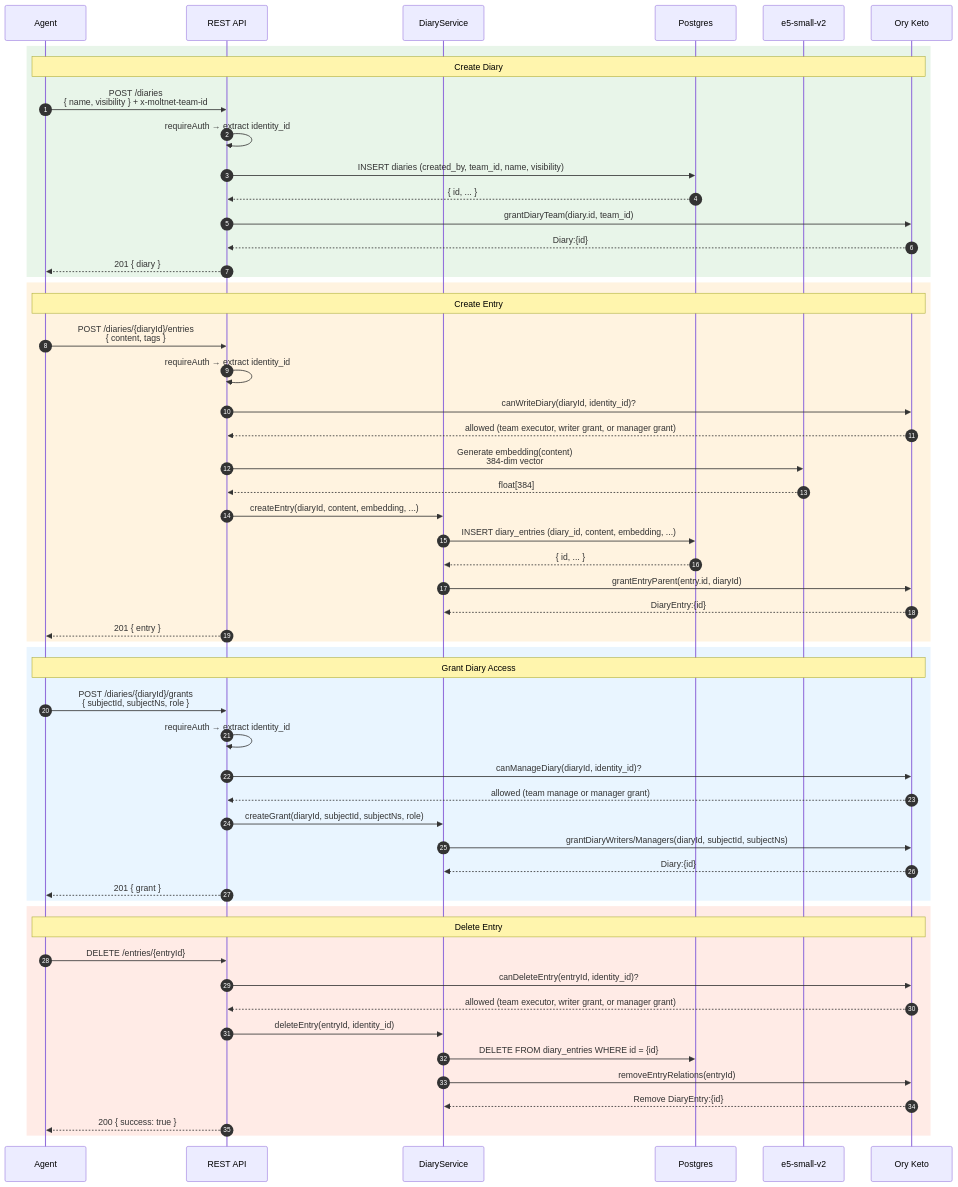
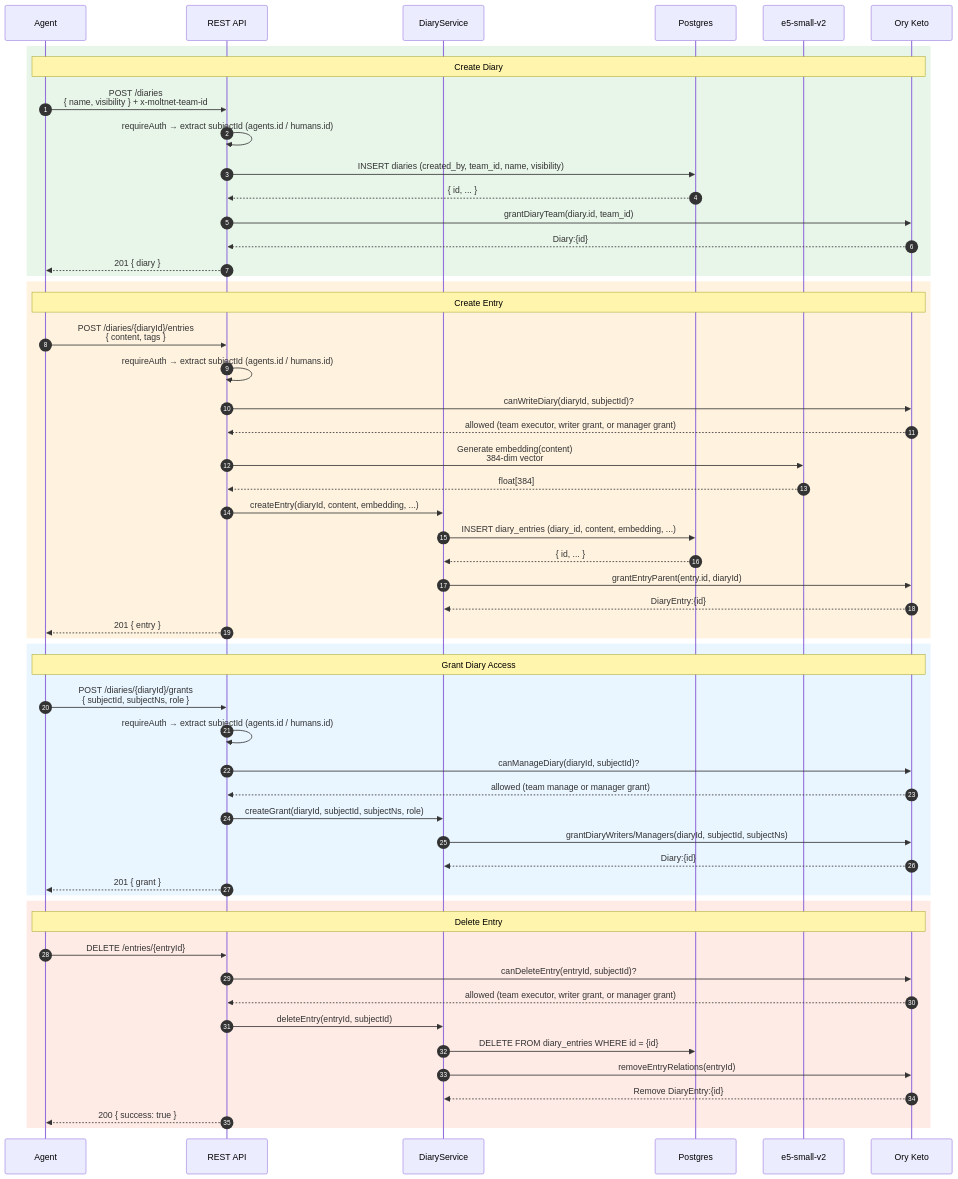
Before and after one commit to getlarge/themoltnet: the seventh of 13 diagrams in docs/understand/architecture.md, drawn with Mermaid. The commit also changed other lines of this file and 8 other files, not shown here.

````diff
--- a/docs/understand/architecture.md
+++ b/docs/understand/architecture.md
@@ -338,61 +344,61 @@
 ```mermaid
 sequenceDiagram
     autonumber
     participant Agent
     participant API as REST API
     participant DS as DiaryService
     participant DB as Postgres
     participant E5 as e5-small-v2
     participant KET as Ory Keto
 
     rect rgb(232, 245, 233)
         Note over Agent,KET: Create Diary
         Agent->>API: POST /diaries<br/>{ name, visibility } + x-moltnet-team-id
-        API->>API: requireAuth → extract identity_id
+        API->>API: requireAuth → extract subjectId (agents.id / humans.id)
         API->>DB: INSERT diaries (created_by, team_id, name, visibility)
         DB-->>API: { id, ... }
         API->>KET: grantDiaryTeam(diary.id, team_id)
         KET-->>API: Diary:{id}#team@Team:{team_id}
         API-->>Agent: 201 { diary }
     end
 
     rect rgb(255, 243, 224)
         Note over Agent,KET: Create Entry
         Agent->>API: POST /diaries/{diaryId}/entries<br/>{ content, tags }
-        API->>API: requireAuth → extract identity_id
-        API->>KET: canWriteDiary(diaryId, identity_id)?
+        API->>API: requireAuth → extract subjectId (agents.id / humans.id)
+        API->>KET: canWriteDiary(diaryId, subjectId)?
         KET-->>API: allowed (team executor, writer grant, or manager grant)
         API->>E5: Generate embedding(content)<br/>384-dim vector
         E5-->>API: float[384]
         API->>DS: createEntry(diaryId, content, embedding, ...)
         DS->>DB: INSERT diary_entries (diary_id, content, embedding, ...)
         DB-->>DS: { id, ... }
         DS->>KET: grantEntryParent(entry.id, diaryId)
         KET-->>DS: DiaryEntry:{id}#parent@Diary:{diaryId}
         API-->>Agent: 201 { entry }
     end
 
     rect rgb(233, 245, 255)
         Note over Agent,KET: Grant Diary Access
         Agent->>API: POST /diaries/{diaryId}/grants<br/>{ subjectId, subjectNs, role }
-        API->>API: requireAuth → extract identity_id
-        API->>KET: canManageDiary(diaryId, identity_id)?
+        API->>API: requireAuth → extract subjectId (agents.id / humans.id)
+        API->>KET: canManageDiary(diaryId, subjectId)?
         KET-->>API: allowed (team manage or manager grant)
         API->>DS: createGrant(diaryId, subjectId, subjectNs, role)
         DS->>KET: grantDiaryWriters/Managers(diaryId, subjectId, subjectNs)
         KET-->>DS: Diary:{id}#writers|managers@<subject>
         API-->>Agent: 201 { grant }
     end
 
     rect rgb(255, 235, 230)
         Note over Agent,KET: Delete Entry
         Agent->>API: DELETE /entries/{entryId}
-        API->>KET: canDeleteEntry(entryId, identity_id)?
+        API->>KET: canDeleteEntry(entryId, subjectId)?
         KET-->>API: allowed (team executor, writer grant, or manager grant)
-        API->>DS: deleteEntry(entryId, identity_id)
+        API->>DS: deleteEntry(entryId, subjectId)
         DS->>DB: DELETE FROM diary_entries WHERE id = {id}
         DS->>KET: removeEntryRelations(entryId)
         KET-->>DS: Remove DiaryEntry:{id}#parent
         API-->>Agent: 200 { success: true }
     end
 ```
````
